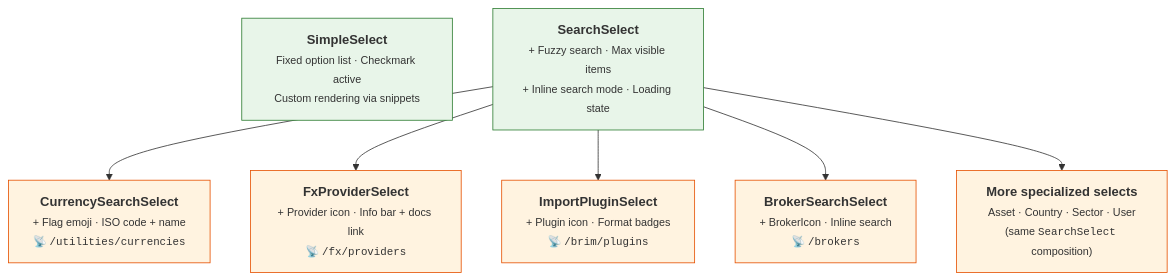
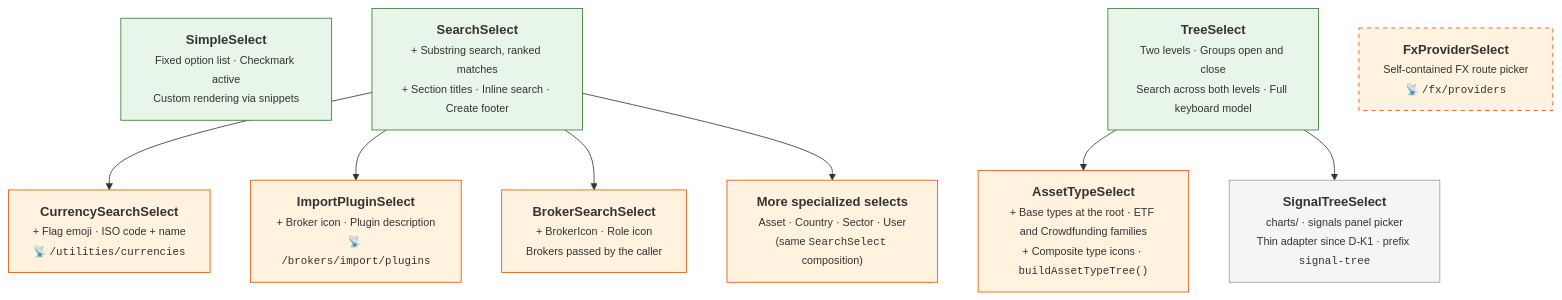
Before and after one commit to Librefolio/LibreFolio: the diagram in mkdocs_src/docs/developer/frontend/components/core-ui/select.md, drawn with Mermaid. The commit also changed other lines of this file and 57 other files, not shown here.

First line of the commit message:
feat(assets): two-level type select, composite icons, crowdfunding RE

````diff
--- a/mkdocs_src/docs/developer/frontend/components/core-ui/select.md
+++ b/mkdocs_src/docs/developer/frontend/components/core-ui/select.md
@@ -13,24 +15,33 @@
 ```mermaid
 graph TD
     SS["<b>SimpleSelect</b><br/><small>Fixed option list · Checkmark active<br/>Custom rendering via snippets</small>"]
 
-    SrS["<b>SearchSelect</b><br/><small>+ Fuzzy search · Max visible items<br/>+ Inline search mode · Loading state</small>"]
+    SrS["<b>SearchSelect</b><br/><small>+ Substring search, ranked matches<br/>+ Section titles · Inline search · Create footer</small>"]
+
+    TS["<b>TreeSelect</b><br/><small>Two levels · Groups open and close<br/>Search across both levels · Full keyboard model</small>"]
 
     SrS --> CSS["<b>CurrencySearchSelect</b><br/><small>+ Flag emoji · ISO code + name<br/>📡 <code>/utilities/currencies</code></small>"]
 
-    SrS --> FPS["<b>FxProviderSelect</b><br/><small>+ Provider icon · Info bar + docs link<br/>📡 <code>/fx/providers</code></small>"]
+    SrS --> IPS["<b>ImportPluginSelect</b><br/><small>+ Broker icon · Plugin description<br/>📡 <code>/brokers/import/plugins</code></small>"]
 
-    SrS --> IPS["<b>ImportPluginSelect</b><br/><small>+ Plugin icon · Format badges<br/>📡 <code>/brim/plugins</code></small>"]
-
-    SrS --> BSS["<b>BrokerSearchSelect</b><br/><small>+ BrokerIcon · Inline search<br/>📡 <code>/brokers</code></small>"]
+    SrS --> BSS["<b>BrokerSearchSelect</b><br/><small>+ BrokerIcon · Role icon<br/>Brokers passed by the caller</small>"]
 
     SrS --> MORE["<b>More specialized selects</b><br/><small>Asset · Country · Sector · User<br/>(same <code>SearchSelect</code> composition)</small>"]
 
+    TS --> ATS["<b>AssetTypeSelect</b><br/><small>+ Base types at the root · ETF and Crowdfunding families<br/>+ Composite type icons · <code>buildAssetTypeTree()</code></small>"]
+
+    TS --> STS["<b>SignalTreeSelect</b><br/><small>charts/ · signals panel picker<br/>Thin adapter since D-K1 · prefix <code>signal-tree</code></small>"]
+
+    FPS["<b>FxProviderSelect</b><br/><small>Self-contained FX route picker<br/>📡 <code>/fx/providers</code></small>"]
+
     style SS fill:#e8f5e9,stroke:#2e7d32
     style SrS fill:#e8f5e9,stroke:#2e7d32
+    style TS fill:#e8f5e9,stroke:#2e7d32
     style CSS fill:#fff3e0,stroke:#e65100
-    style FPS fill:#fff3e0,stroke:#e65100
     style IPS fill:#fff3e0,stroke:#e65100
     style BSS fill:#fff3e0,stroke:#e65100
     style MORE fill:#fff3e0,stroke:#e65100
+    style ATS fill:#fff3e0,stroke:#e65100
+    style FPS fill:#fff3e0,stroke:#e65100,stroke-dasharray: 5 5
+    style STS fill:#f5f5f5,stroke:#9e9e9e
 ```
````
